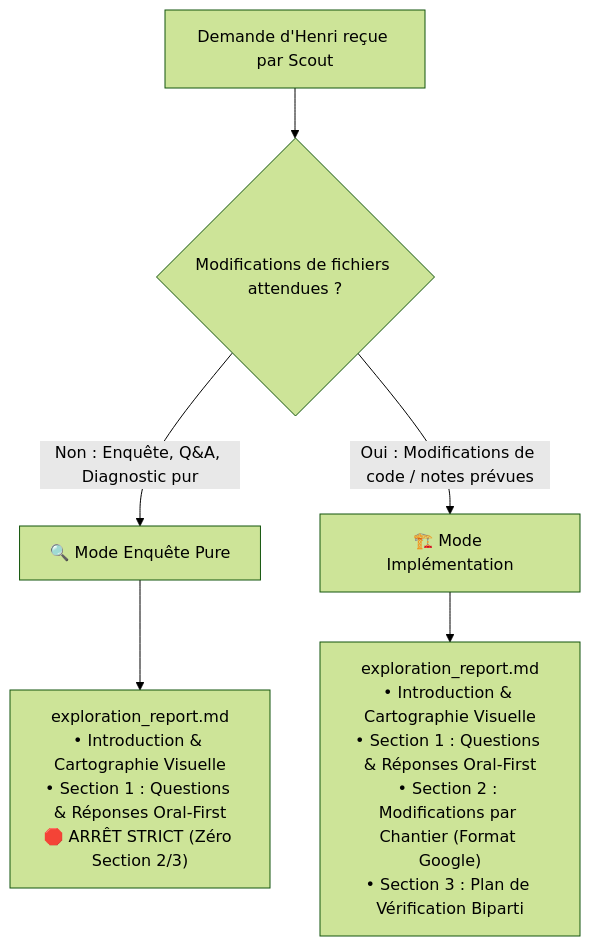
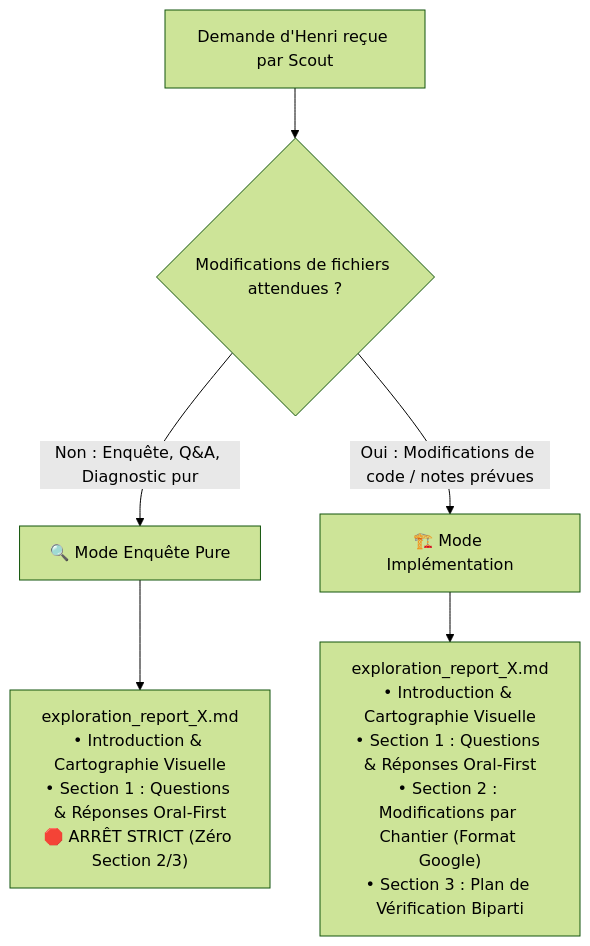
One commit to hjamet/cursor-memory-bank changed the first of 2 diagrams in src/skills/scout/SKILL.md. Above: the diagram before and after it, drawn with Mermaid (forest theme). The commit also changed other lines of this file and 3 other files, not shown here.

````diff
--- a/src/skills/scout/SKILL.md
+++ b/src/skills/scout/SKILL.md
@@ -111,9 +110,9 @@
 ```mermaid
 flowchart TD
     DEMANDE["Demande d'Henri reçue par Scout"] --> EVAL{"Modifications de fichiers attendues ?"}
     EVAL -->|Non : Enquête, Q&A, Diagnostic pur| MODE_ENQUETE["🔍 Mode Enquête Pure"]
     EVAL -->|Oui : Modifications de code / notes prévues| MODE_BUILD["🏗️ Mode Implémentation"]
     
-    MODE_ENQUETE --> ART_1["exploration_report.md<br/>• Introduction & Cartographie Visuelle<br/>• Section 1 : Questions & Réponses Oral-First<br/>🛑 ARRÊT STRICT (Zéro Section 2/3)"]
-    MODE_BUILD --> ART_2["exploration_report.md<br/>• Introduction & Cartographie Visuelle<br/>• Section 1 : Questions & Réponses Oral-First<br/>• Section 2 : Modifications par Chantier (Format Google)<br/>• Section 3 : Plan de Vérification Biparti"]
+    MODE_ENQUETE --> ART_1["exploration_report_X.md<br/>• Introduction & Cartographie Visuelle<br/>• Section 1 : Questions & Réponses Oral-First<br/>🛑 ARRÊT STRICT (Zéro Section 2/3)"]
+    MODE_BUILD --> ART_2["exploration_report_X.md<br/>• Introduction & Cartographie Visuelle<br/>• Section 1 : Questions & Réponses Oral-First<br/>• Section 2 : Modifications par Chantier (Format Google)<br/>• Section 3 : Plan de Vérification Biparti"]
 ```
````
